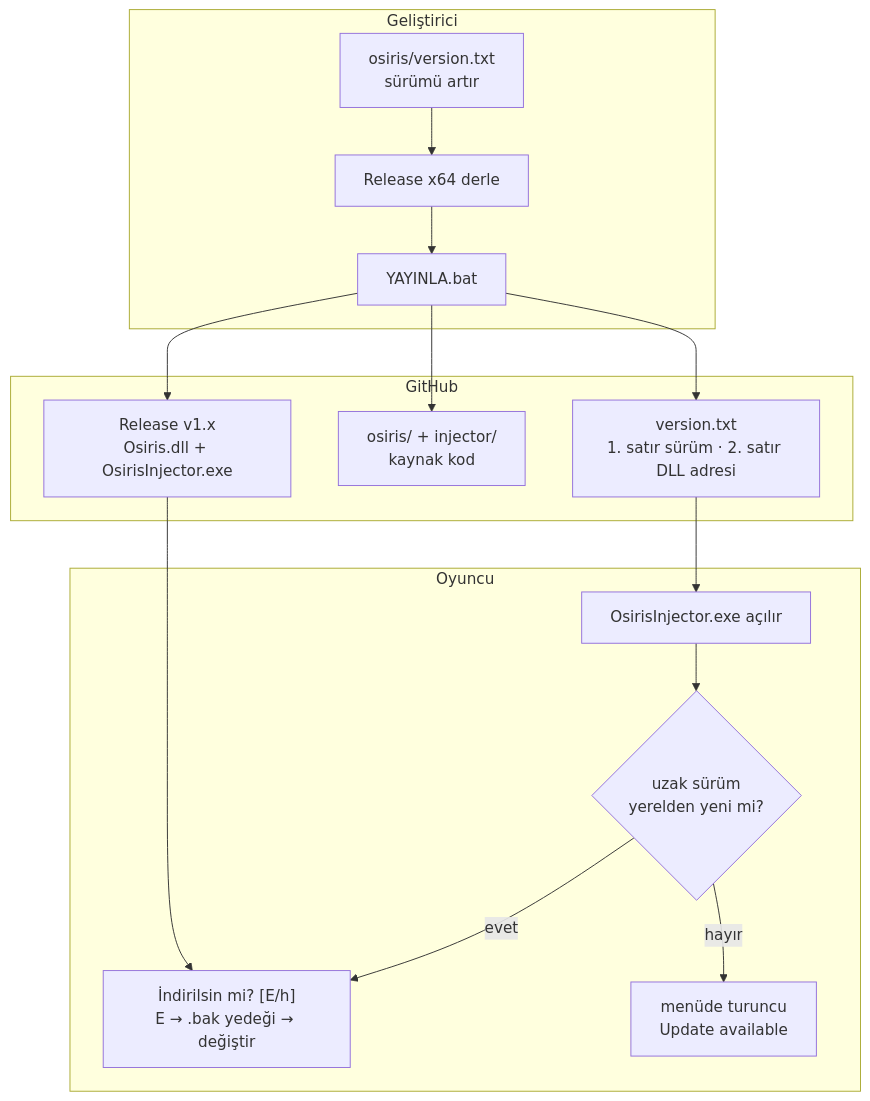
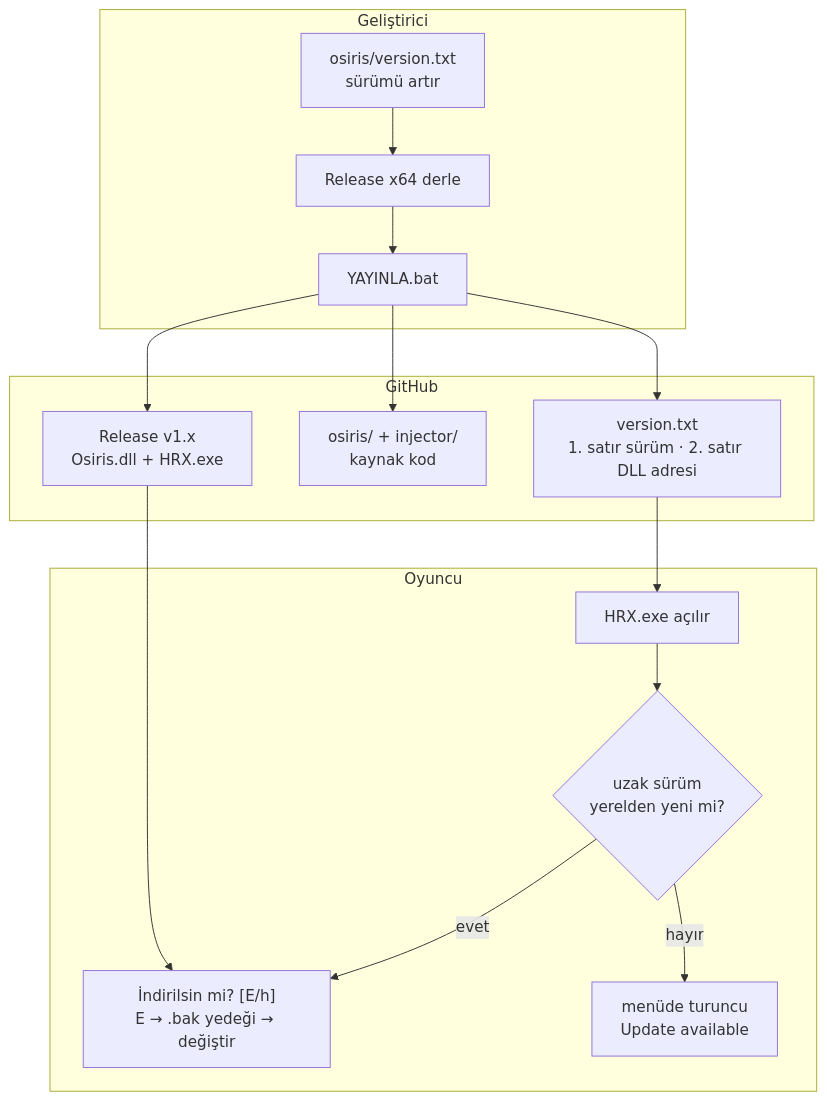
Before and after one commit to yusuf1296/hrx: the first of 2 diagrams in README.md, drawn with Mermaid. The commit also changed other lines of this file and 16 other files, not shown here.

````diff
--- a/README.md
+++ b/README.md
@@ -59,22 +62,22 @@
 ```mermaid
 flowchart TD
   subgraph DEV["Geliştirici"]
     A["osiris/version.txt<br/>sürümü artır"] --> B["Release x64 derle"]
     B --> C["YAYINLA.bat"]
   end
   subgraph GH["GitHub"]
     D["version.txt<br/>1. satır sürüm · 2. satır DLL adresi"]
     E["osiris/ + injector/<br/>kaynak kod"]
-    F["Release v1.x<br/>Osiris.dll + OsirisInjector.exe"]
+    F["Release v1.x<br/>Osiris.dll + HRX.exe"]
   end
   subgraph PLY["Oyuncu"]
-    G["OsirisInjector.exe açılır"] --> H{"uzak sürüm<br/>yerelden yeni mi?"}
+    G["HRX.exe açılır"] --> H{"uzak sürüm<br/>yerelden yeni mi?"}
     H -->|"evet"| I["İndirilsin mi? [E/h]<br/>E → .bak yedeği → değiştir"]
     H -->|"hayır"| J["menüde turuncu<br/>Update available"]
   end
   C --> D
   C --> E
   C --> F
   D --> G
   F --> I
 ```
````
